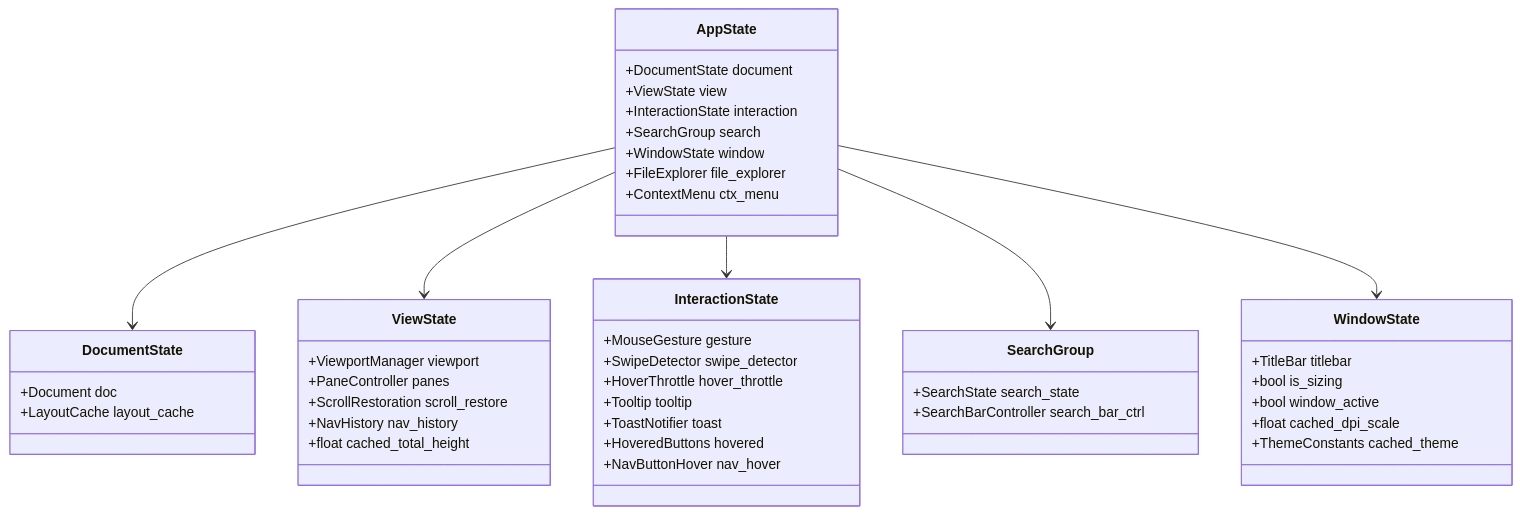
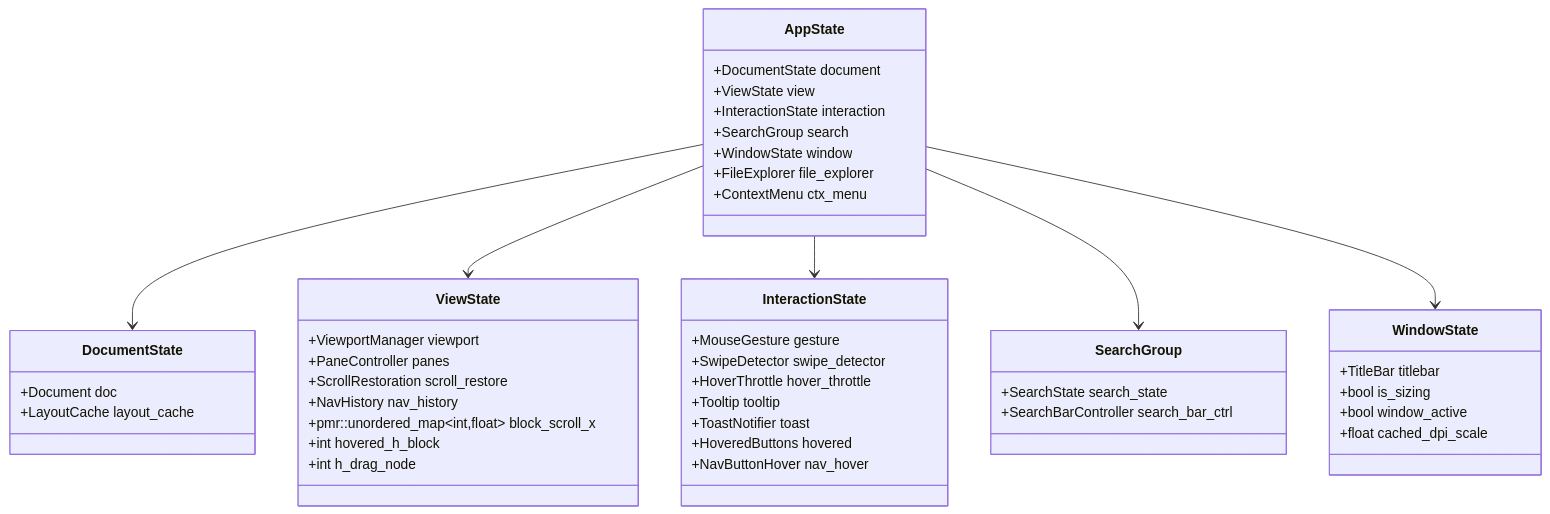
The fourth of 27 diagrams in example/test.md (tanaton/mendo), drawn with Mermaid before and after one commit. The commit also changed other lines of this file, not shown here.

````diff
--- a/example/test.md
+++ b/example/test.md
@@ -523,54 +542,55 @@
 ```mermaid
 classDiagram
     class AppState {
         +DocumentState document
         +ViewState view
         +InteractionState interaction
         +SearchGroup search
         +WindowState window
         +FileExplorer file_explorer
         +ContextMenu ctx_menu
     }
 
     class DocumentState {
         +Document doc
         +LayoutCache layout_cache
     }
 
     class ViewState {
         +ViewportManager viewport
         +PaneController panes
         +ScrollRestoration scroll_restore
         +NavHistory nav_history
-        +float cached_total_height
+        +pmr::unordered_map~int,float~ block_scroll_x
+        +int hovered_h_block
+        +int h_drag_node
     }
 
     class InteractionState {
         +MouseGesture gesture
         +SwipeDetector swipe_detector
         +HoverThrottle hover_throttle
         +Tooltip tooltip
         +ToastNotifier toast
         +HoveredButtons hovered
         +NavButtonHover nav_hover
     }
 
     class SearchGroup {
         +SearchState search_state
         +SearchBarController search_bar_ctrl
     }
 
     class WindowState {
         +TitleBar titlebar
         +bool is_sizing
         +bool window_active
         +float cached_dpi_scale
-        +ThemeConstants cached_theme
     }
 
     AppState --> DocumentState
     AppState --> ViewState
     AppState --> InteractionState
     AppState --> SearchGroup
     AppState --> WindowState
 ```
````
